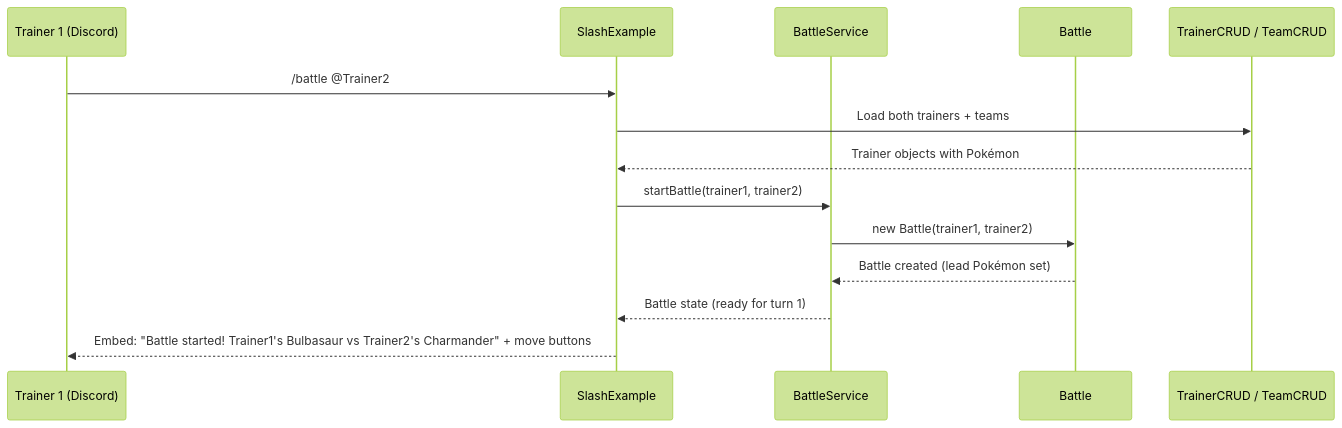
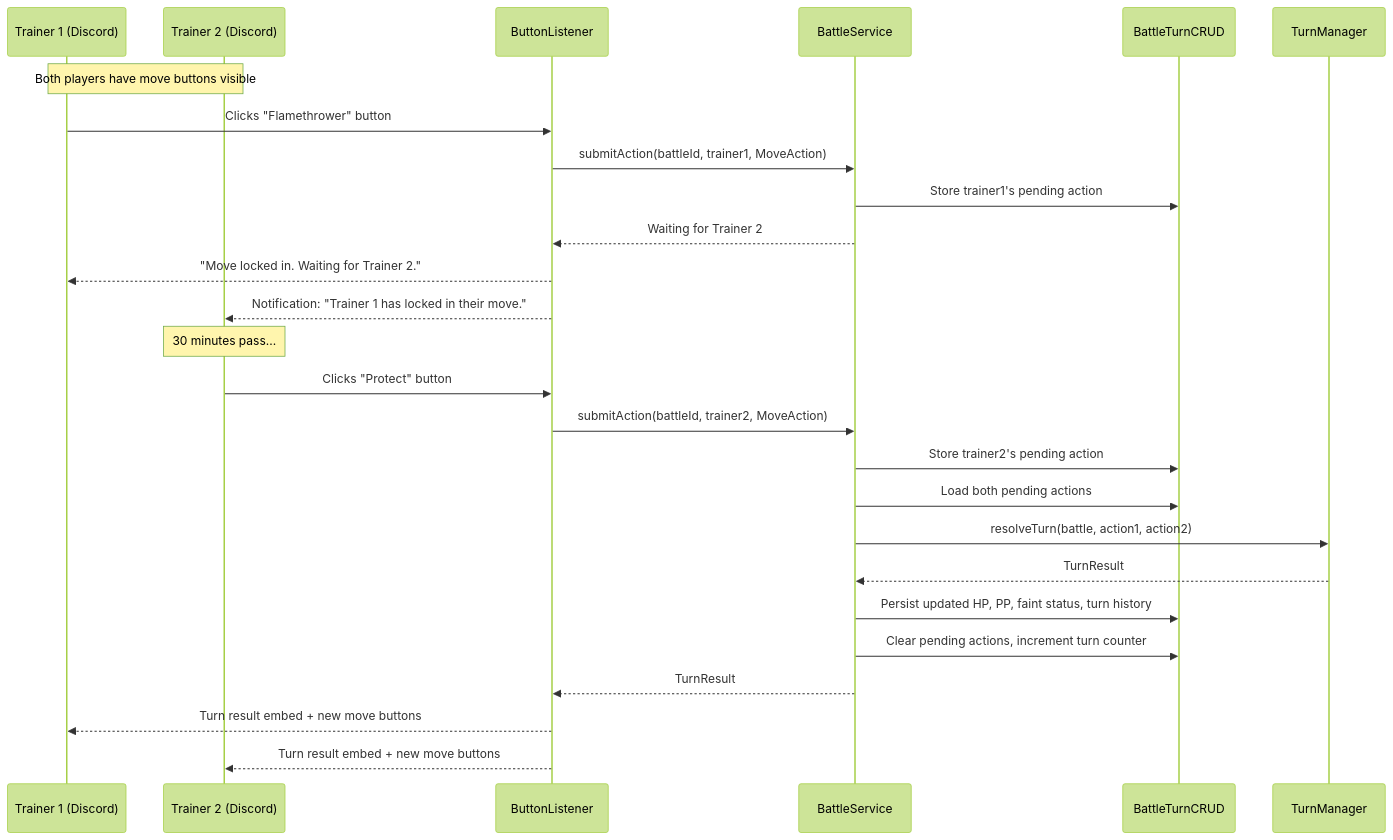
One commit to Saerkyne/pokemon-oop changed the third of 8 diagrams in Documentation/Battle-Loop-Project-Guide.md. Above: the diagram before and after it, drawn with Mermaid (forest theme). The commit also changed other lines of this file and 1 other file, not shown here.

````diff
--- a/Documentation/Battle-Loop-Project-Guide.md
+++ b/Documentation/Battle-Loop-Project-Guide.md
@@ -132,17 +204,32 @@
 ```mermaid
 sequenceDiagram
     participant U1 as Trainer 1 (Discord)
-    participant Bot as SlashExample
+    participant U2 as Trainer 2 (Discord)
+    participant Bot as ButtonListener
     participant BS as BattleService
-    participant B as Battle
-    participant DB as TrainerCRUD / TeamCRUD
+    participant DB as BattleTurnCRUD
+    participant TM as TurnManager
 
-    U1->>Bot: /battle @Trainer2
-    Bot->>DB: Load both trainers + teams
-    DB-->>Bot: Trainer objects with Pokémon
-    Bot->>BS: startBattle(trainer1, trainer2)
-    BS->>B: new Battle(trainer1, trainer2)
-    B-->>BS: Battle created (lead Pokémon set)
-    BS-->>Bot: Battle state (ready for turn 1)
-    Bot-->>U1: Embed: "Battle started! Trainer1's Bulbasaur vs Trainer2's Charmander" + move buttons
+    Note over U1, U2: Both players have move buttons visible
+
+    U1->>Bot: Clicks "Flamethrower" button
+    Bot->>BS: submitAction(battleId, trainer1, MoveAction)
+    BS->>DB: Store trainer1's pending action
+    BS-->>Bot: Waiting for Trainer 2
+    Bot-->>U1: "Move locked in. Waiting for Trainer 2."
+    Bot-->>U2: Notification: "Trainer 1 has locked in their move."
+
+    Note over U2: 30 minutes pass...
+
+    U2->>Bot: Clicks "Protect" button
+    Bot->>BS: submitAction(battleId, trainer2, MoveAction)
+    BS->>DB: Store trainer2's pending action
+    BS->>DB: Load both pending actions
+    BS->>TM: resolveTurn(battle, action1, action2)
+    TM-->>BS: TurnResult
+    BS->>DB: Persist updated HP, PP, faint status, turn history
+    BS->>DB: Clear pending actions, increment turn counter
+    BS-->>Bot: TurnResult
+    Bot-->>U1: Turn result embed + new move buttons
+    Bot-->>U2: Turn result embed + new move buttons
 ```
````
